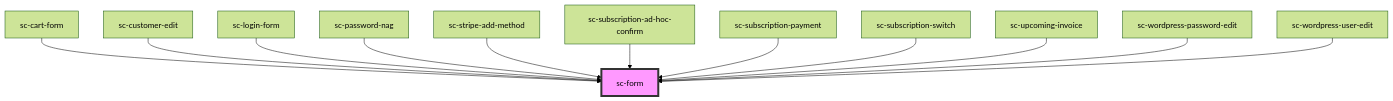
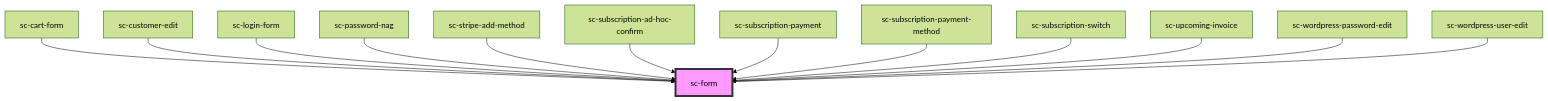
One commit to surecart/surecart-wp-plugin changed the diagram in packages/components/src/components/ui/form/readme.md. Above: the diagram before and after it, drawn with Mermaid (forest theme). The commit also changed other lines of this file and 23 other files, not shown here.

````diff
--- a/packages/components/src/components/ui/form/readme.md
+++ b/packages/components/src/components/ui/form/readme.md
@@ -91,15 +92,16 @@
 ```mermaid
 graph TD;
   sc-cart-form --> sc-form
   sc-customer-edit --> sc-form
   sc-login-form --> sc-form
   sc-password-nag --> sc-form
   sc-stripe-add-method --> sc-form
   sc-subscription-ad-hoc-confirm --> sc-form
   sc-subscription-payment --> sc-form
+  sc-subscription-payment-method --> sc-form
   sc-subscription-switch --> sc-form
   sc-upcoming-invoice --> sc-form
   sc-wordpress-password-edit --> sc-form
   sc-wordpress-user-edit --> sc-form
   style sc-form fill:#f9f,stroke:#333,stroke-width:4px
 ```
````
